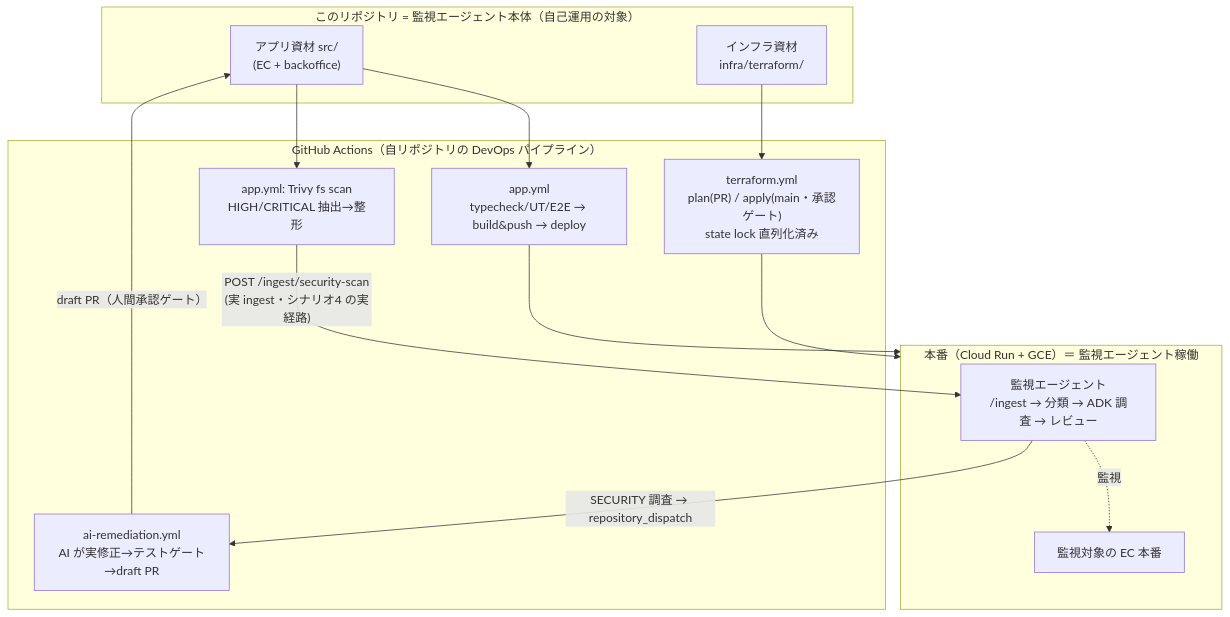
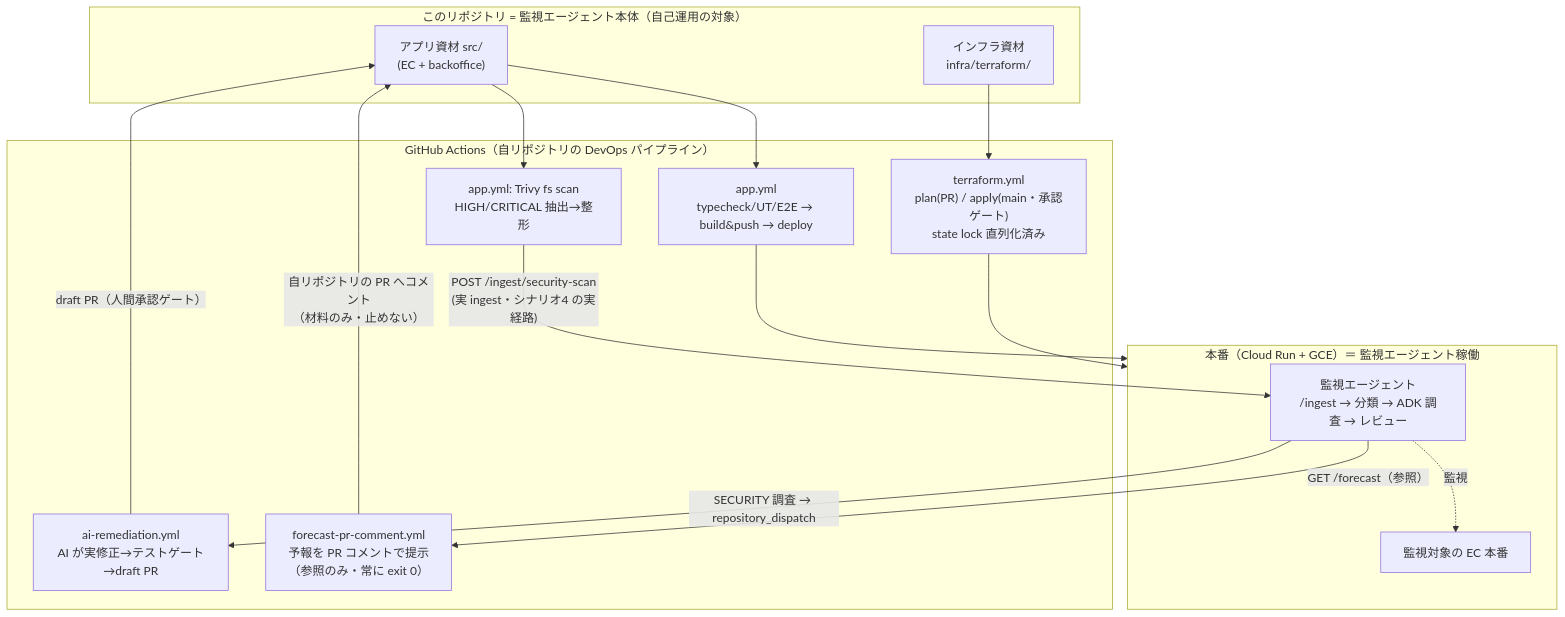
Before and after one commit to nagoyamanaka/ec-monitoring-agent: the sixth of 6 diagrams in docs/architecture.md, drawn with Mermaid. The commit also changed other lines of this file and 6 other files, not shown here.

````diff
--- a/docs/architecture.md
+++ b/docs/architecture.md
@@ -270,26 +272,29 @@
 ```mermaid
 flowchart TB
   subgraph repo["このリポジトリ = 監視エージェント本体（自己運用の対象）"]
     SRC["アプリ資材 src/<br/>(EC + backoffice)"]
     IAC["インフラ資材<br/>infra/terraform/"]
   end
 
   subgraph gha["GitHub Actions（自リポジトリの DevOps パイプライン）"]
     APP["app.yml<br/>typecheck/UT/E2E → build&push → deploy"]
     TF["terraform.yml<br/>plan(PR) / apply(main・承認ゲート)<br/>state lock 直列化済み"]
     TRIVY["app.yml: Trivy fs scan<br/>HIGH/CRITICAL 抽出→整形"]
     REM["ai-remediation.yml<br/>AI が実修正→テストゲート→draft PR"]
+    FPC["forecast-pr-comment.yml<br/>予報を PR コメントで提示<br/>（参照のみ・常に exit 0）"]
   end
 
   subgraph prod["本番（Cloud Run + GCE）＝ 監視エージェント稼働"]
     AGENT["監視エージェント<br/>/ingest → 分類 → ADK 調査 → レビュー"]
     ECPROD["監視対象の EC 本番"]
   end
 
   SRC --> APP --> prod
   IAC --> TF --> prod
   SRC --> TRIVY -->|"POST /ingest/security-scan<br/>(実 ingest・シナリオ4 の実経路)"| AGENT
   AGENT -->|"SECURITY 調査 → repository_dispatch"| REM
   REM -->|"draft PR（人間承認ゲート）"| SRC
+  AGENT -->|"GET /forecast（参照）"| FPC
+  FPC -->|"自リポジトリの PR へコメント<br/>（材料のみ・止めない）"| SRC
   AGENT -.監視.-> ECPROD
 ```
````
